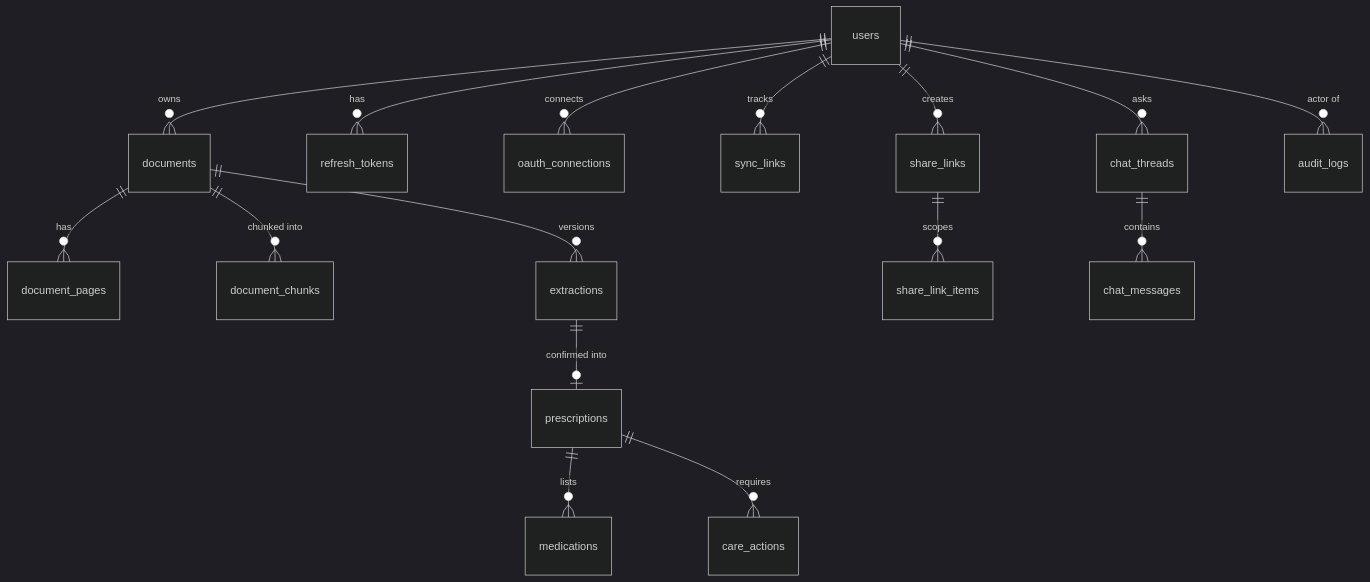
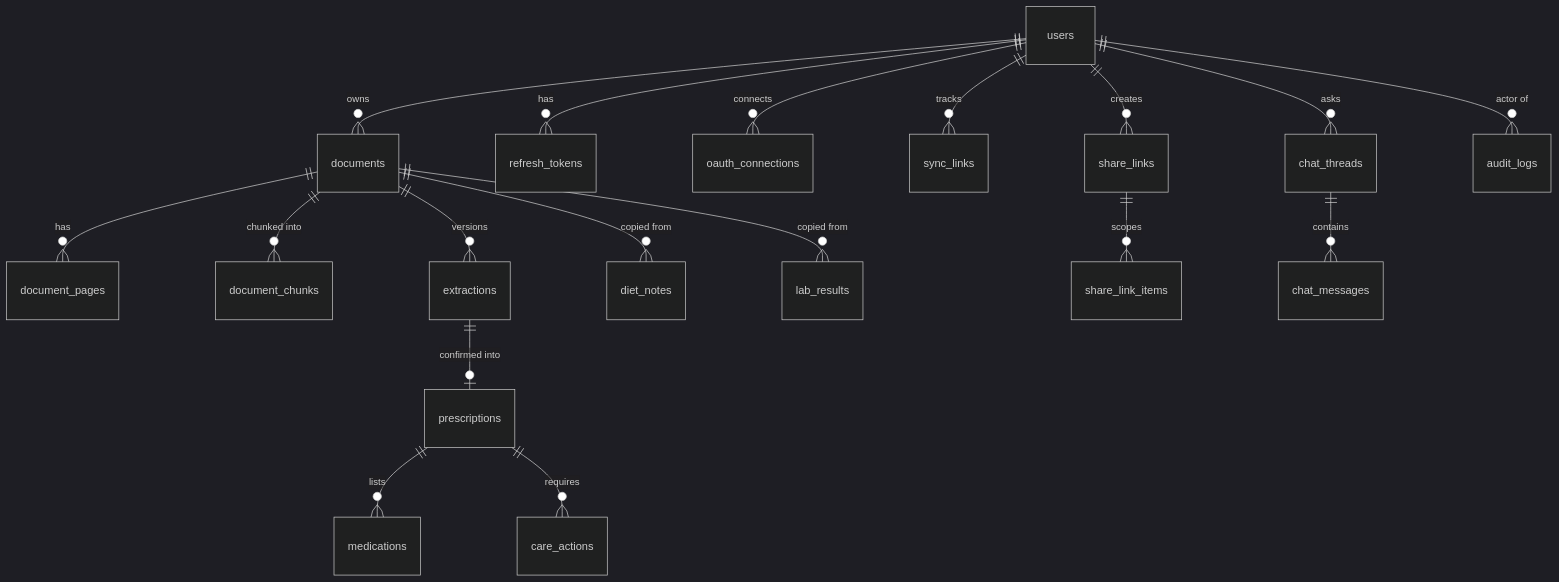
One commit to SriramWorkSpace/MedSpace-Healthcare changed the fourth of 4 diagrams in docs/architecture.md. Above: the diagram before and after it, drawn with Mermaid (dark theme). The commit also changed other lines of this file and 53 other files, not shown here.

First line of the commit message:
feat: lab results with trends, flagged only against the printed range

````diff
--- a/docs/architecture.md
+++ b/docs/architecture.md
@@ -217,18 +218,20 @@
 ```mermaid
 erDiagram
   users ||--o{ documents : owns
   users ||--o{ refresh_tokens : has
   documents ||--o{ document_pages : has
   documents ||--o{ document_chunks : "chunked into"
   documents ||--o{ extractions : "versions"
   extractions ||--o| prescriptions : "confirmed into"
   prescriptions ||--o{ medications : lists
   prescriptions ||--o{ care_actions : requires
+  documents ||--o{ diet_notes : "copied from"
+  documents ||--o{ lab_results : "copied from"
   users ||--o{ oauth_connections : connects
   users ||--o{ sync_links : tracks
   users ||--o{ share_links : creates
   share_links ||--o{ share_link_items : scopes
   users ||--o{ chat_threads : asks
   chat_threads ||--o{ chat_messages : contains
   users ||--o{ audit_logs : "actor of"
 ```
````
